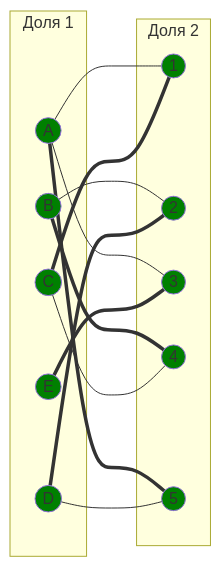
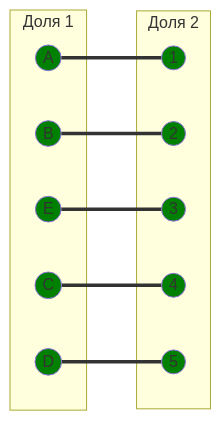
Diagram 11 of 11 in Задание 8/Nyashki.md (algos-ris-24-3/manual-tasks), drawn with Mermaid before and after one commit. The commit also changed other lines of this file, not shown here.

````diff
--- a/Задание 8/Nyashki.md
+++ b/Задание 8/Nyashki.md
@@ -425,43 +379,34 @@
 ```mermaid
 graph LR
     subgraph "Доля 1"
         A((A))
         B((B))
         C((C))
         D((D))
         E((E))
     end
     subgraph "Доля 2"
         1((1))
         2((2))
         3((3))
         4((4))
         5((5))
     end
 
-    A --- 1
-    A --- 3
-    A === 5
-
-    B --- 2
-    B === 4
-
-    C === 1
-    C --- 4
-    
-    D === 2
-    D --- 5
-    
+    A === 1
+    B === 2
+    C === 4
+    D === 5
     E === 3
 
+    style A fill:#008000
+    style B fill:#008000
+    style C fill:#008000
+    style D fill:#008000
     style E fill:#008000
+    style 1 fill:#008000
+    style 2 fill:#008000
     style 3 fill:#008000
-    style A fill:#008000
+    style 4 fill:#008000
     style 5 fill:#008000
-    style C fill:#008000
-    style 4 fill:#008000
-    style B fill:#008000
-    style 2 fill:#008000
-    style D fill:#008000
-    style 1 fill:#008000
 ```
````
